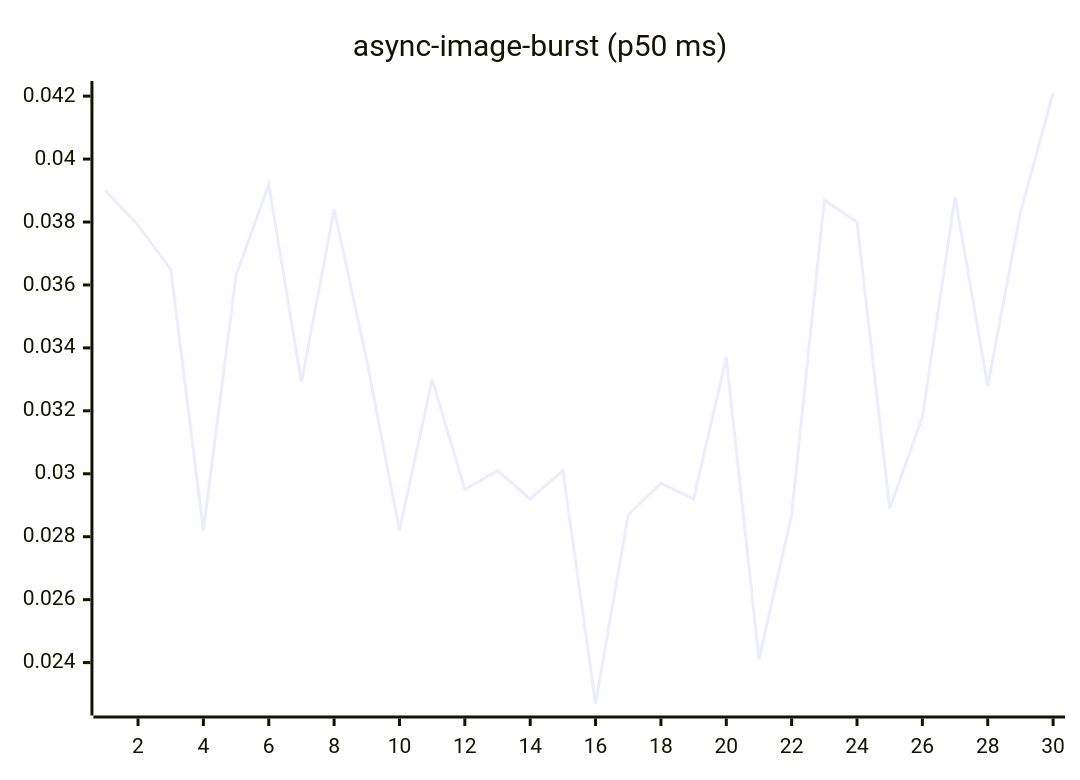
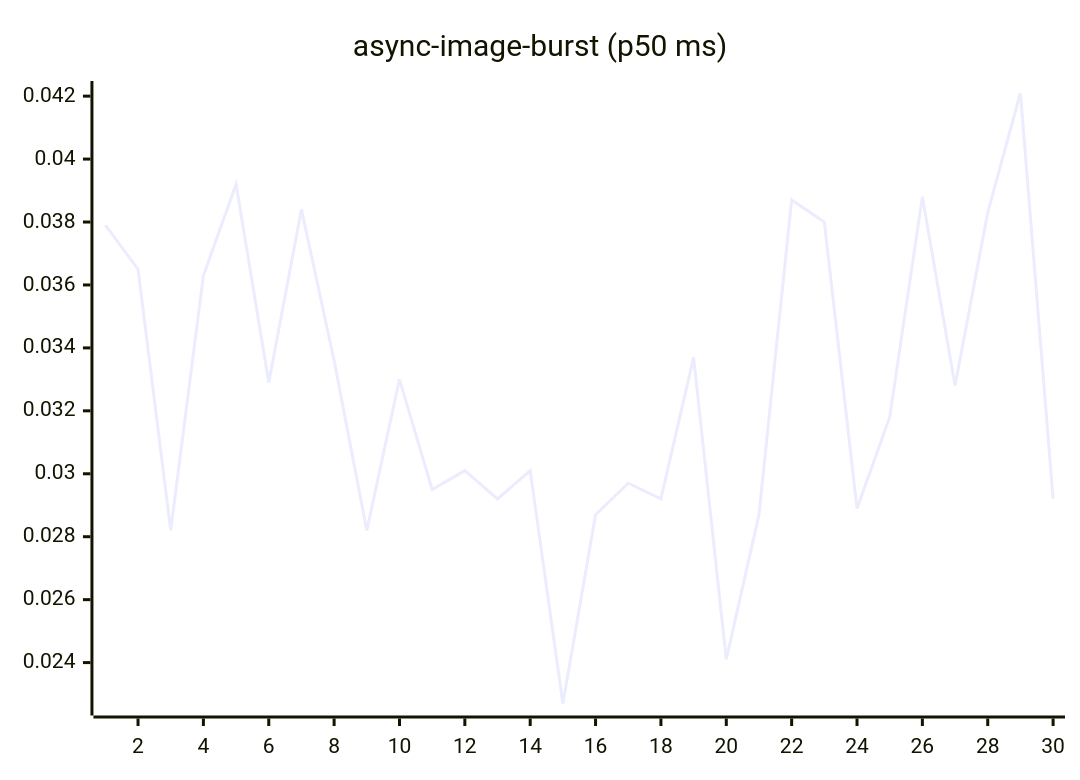
Before and after one commit to josha/Facet: the fourth of 27 diagrams in README.md, drawn with Mermaid. The commit also changed other lines of this file and 2 other files, not shown here.

````diff
--- a/README.md
+++ b/README.md
@@ -84,6 +84,6 @@
 ```mermaid
 xychart-beta
     title "async-image-burst (p50 ms)"
     x-axis 1 --> 30
-    line [0.0390, 0.0379, 0.0365, 0.0282, 0.0363, 0.0392, 0.0329, 0.0384, 0.0336, 0.0282, 0.0330, 0.0295, 0.0301, 0.0292, 0.0301, 0.0227, 0.0287, 0.0297, 0.0292, 0.0337, 0.0241, 0.0287, 0.0387, 0.0380, 0.0289, 0.0318, 0.0388, 0.0328, 0.0383, 0.0421]
+    line [0.0379, 0.0365, 0.0282, 0.0363, 0.0392, 0.0329, 0.0384, 0.0336, 0.0282, 0.0330, 0.0295, 0.0301, 0.0292, 0.0301, 0.0227, 0.0287, 0.0297, 0.0292, 0.0337, 0.0241, 0.0287, 0.0387, 0.0380, 0.0289, 0.0318, 0.0388, 0.0328, 0.0383, 0.0421, 0.0292]
 ```
````
